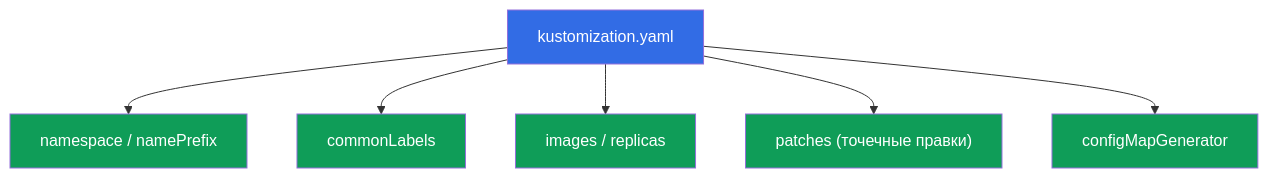
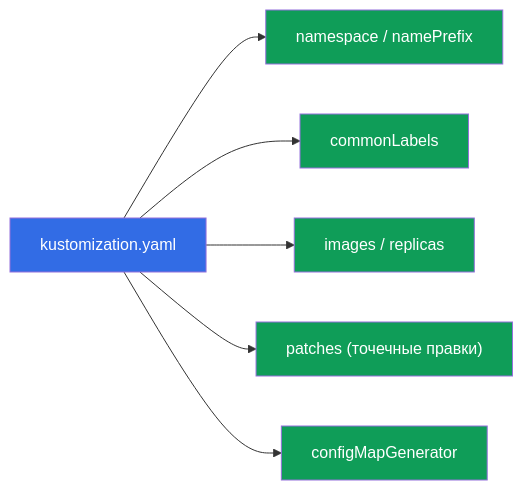
The fourth of 5 diagrams in tasks/cka/course/43/ru.md (ViktorUJ/cks), drawn with Mermaid before and after one commit. The commit also changed other lines of this file and 30 other files, not shown here.

````diff
--- a/tasks/cka/course/43/ru.md
+++ b/tasks/cka/course/43/ru.md
@@ -128,15 +130,15 @@
 ```mermaid
-flowchart TB
+flowchart LR
     kust["kustomization.yaml"]
     kust --> t1["namespace / namePrefix"]
     kust --> t2["commonLabels"]
     kust --> t3["images / replicas"]
     kust --> t4["patches (точечные правки)"]
     kust --> t5["configMapGenerator"]
     style kust fill:#326ce5,color:#fff
     style t1 fill:#0f9d58,color:#fff
     style t2 fill:#0f9d58,color:#fff
     style t3 fill:#0f9d58,color:#fff
     style t4 fill:#0f9d58,color:#fff
     style t5 fill:#0f9d58,color:#fff
 ```
````
